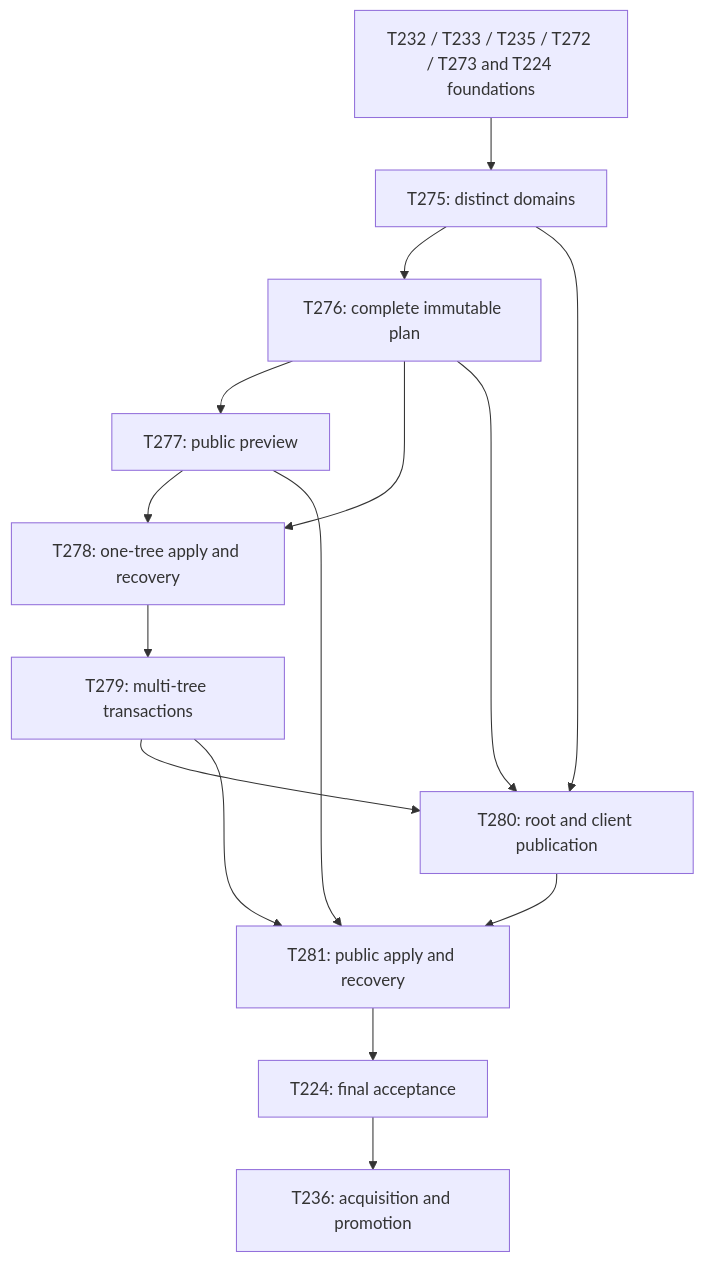
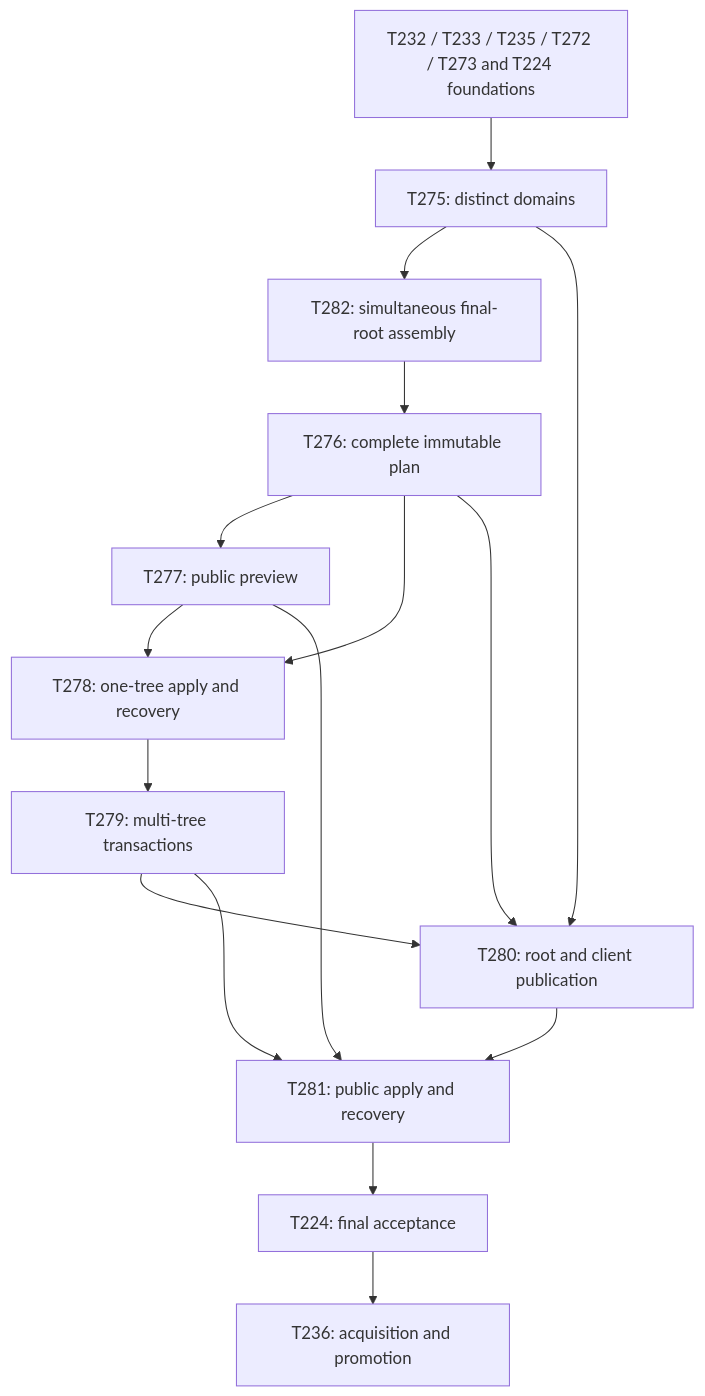
The diagram in docs/implementation/source-operations.md (mem-memov/ama), drawn with Mermaid before and after one commit. The commit also changed other lines of this file and 14 other files, not shown here.

Commit message:
T282: project copy material directly into explicit final roots

````diff
--- a/docs/implementation/source-operations.md
+++ b/docs/implementation/source-operations.md
@@ -67,17 +68,18 @@
 ```mermaid
 flowchart TD
     existing[T232 / T233 / T235 / T272 / T273 and T224 foundations] --> roots[T275: distinct domains]
-    roots --> plan[T276: complete immutable plan]
+    roots --> assembly[T282: simultaneous final-root assembly]
+    assembly --> plan[T276: complete immutable plan]
     plan --> preview[T277: public preview]
     plan --> journal[T278: one-tree apply and recovery]
     preview --> journal
     journal --> publish[T279: multi-tree transactions]
     roots --> metadata[T280: root and client publication]
     plan --> metadata
     publish --> metadata
     preview --> commands[T281: public apply and recovery]
     publish --> commands
     metadata --> commands
     commands --> final[T224: final acceptance]
     final --> acquire[T236: acquisition and promotion]
 ```
````
